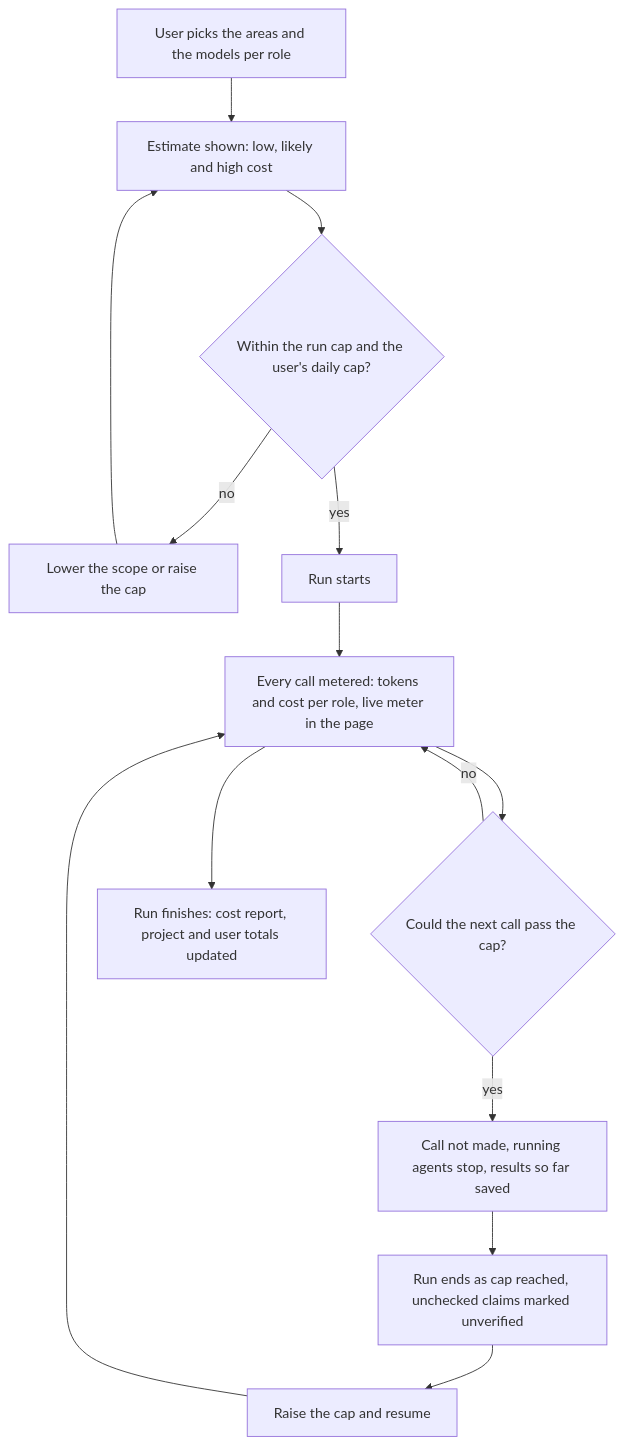
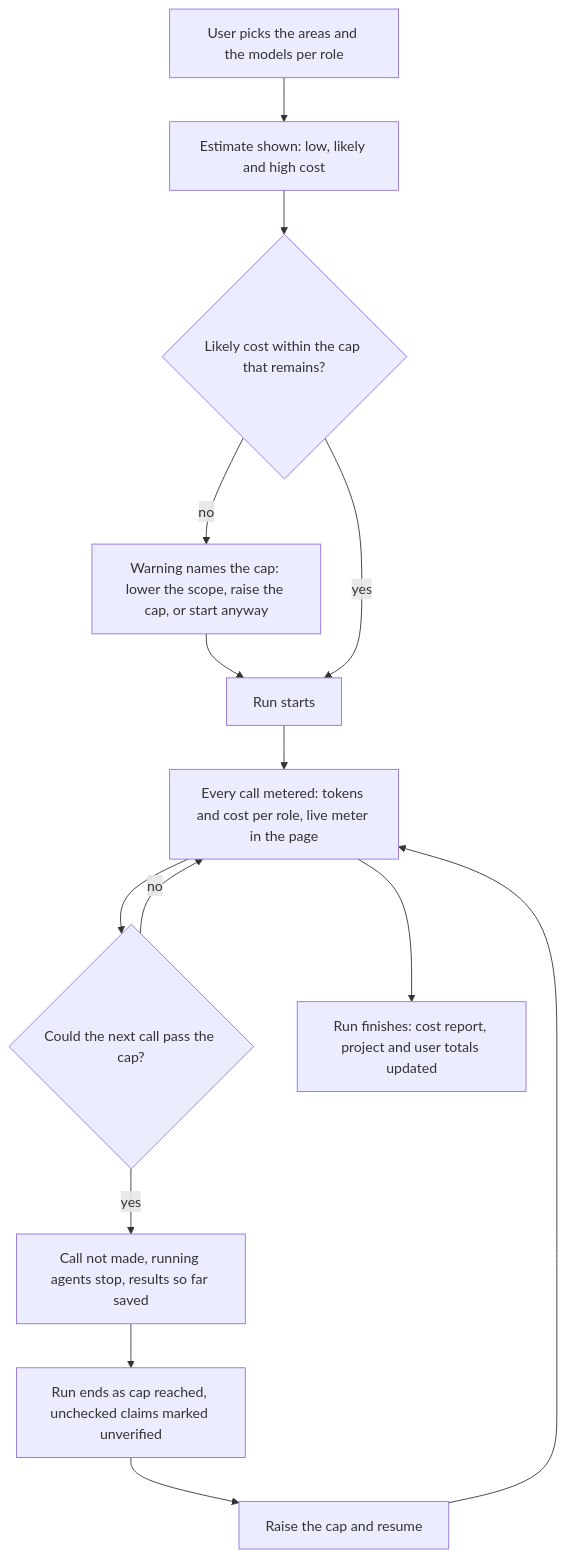
Before and after one commit to blacklight0101/Rosetta: the fourth of 8 diagrams in docs/process-flows.md, drawn with Mermaid. The commit also changed other lines of this file and 33 other files, not shown here.

````diff
--- a/docs/process-flows.md
+++ b/docs/process-flows.md
@@ -107,15 +109,15 @@
 ```mermaid
 flowchart TB
   A[User picks the areas and the models per role] --> B[Estimate shown: low, likely and high cost]
-  B --> C{Within the run cap and the user's daily cap?}
-  C -->|no| C1[Lower the scope or raise the cap] --> B
+  B --> C{Likely cost within the cap that remains?}
+  C -->|no| C1[Warning names the cap: lower the scope, raise the cap, or start anyway] --> D
   C -->|yes| D[Run starts]
   D --> E[Every call metered: tokens and cost per role, live meter in the page]
   E --> F{Could the next call pass the cap?}
   F -->|no| E
   F -->|yes| G[Call not made, running agents stop, results so far saved]
   G --> H[Run ends as cap reached, unchecked claims marked unverified]
   H --> I[Raise the cap and resume]
   I --> E
   E --> J[Run finishes: cost report, project and user totals updated]
 ```
````
